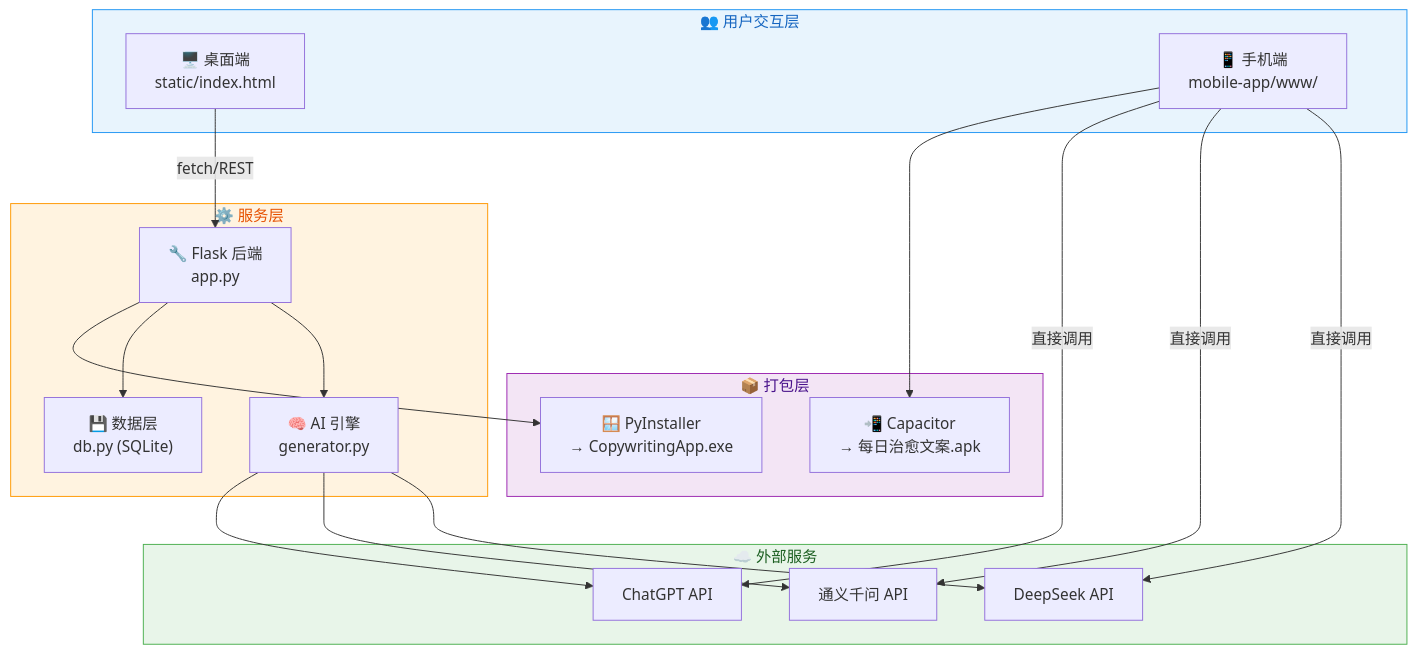
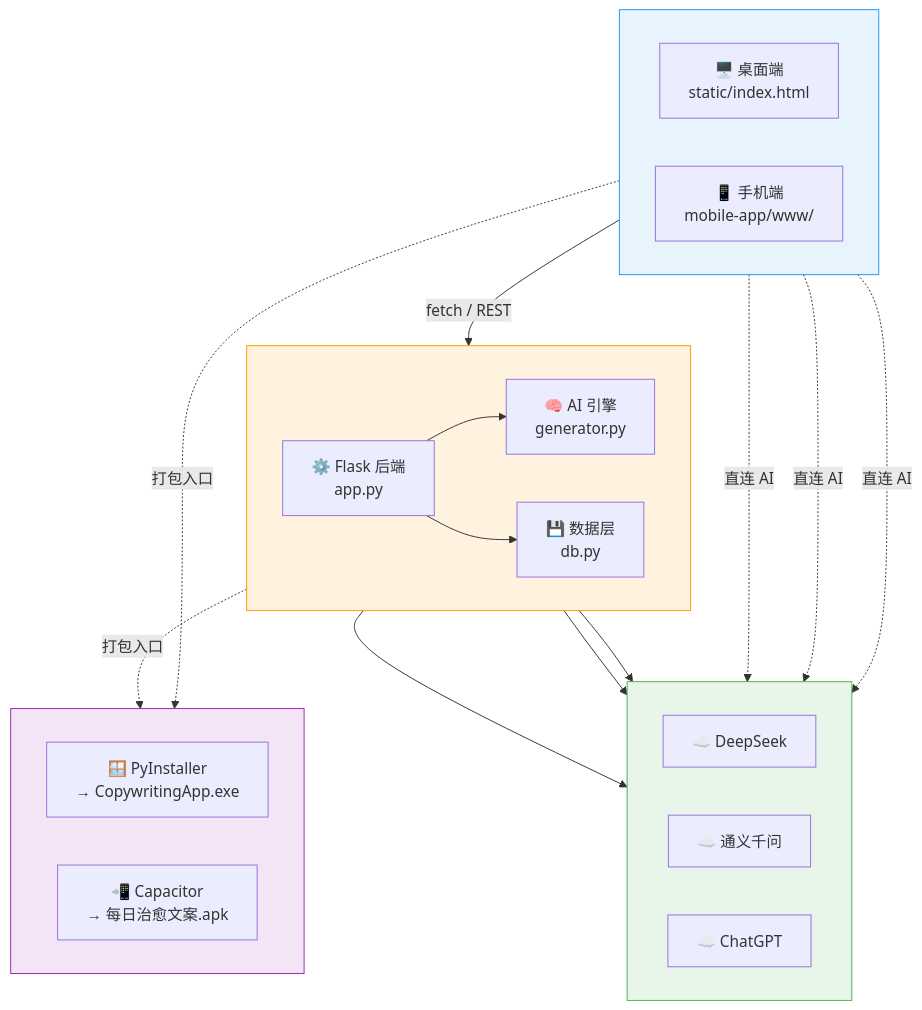
Before and after one commit to Shen-coderhorse/Copywriting-Generation: the diagram in README.md, drawn with Mermaid.

Commit message:
🎨 重构架构图：消除交叉箭头，改为分层 flowchart 布局 + 虚线区分连接类型

````diff
--- a/README.md
+++ b/README.md
@@ -125,41 +125,45 @@
 ```mermaid
-graph TB
-    subgraph 用户层["👥 用户交互层"]
+flowchart TB
+    subgraph TOP[" "]
+        direction LR
         A1["🖥️ 桌面端<br/>static/index.html"]
         A2["📱 手机端<br/>mobile-app/www/"]
     end
 
-    subgraph 服务层["⚙️ 服务层"]
-        B1["🔧 Flask 后端<br/>app.py"]
+    subgraph MID[" "]
+        direction LR
+        B1["⚙️ Flask 后端<br/>app.py"]
         B2["🧠 AI 引擎<br/>generator.py"]
-        B3["💾 数据层<br/>db.py (SQLite)"]
+        B3["💾 数据层<br/>db.py"]
+    end
+ 
+    subgraph BOT[" "]
+        direction LR
+        D1["☁️ DeepSeek"]
+        D2["☁️ 通义千问"]
+        D3["☁️ ChatGPT"]
     end
 
-    subgraph 打包层["📦 打包层"]
+    subgraph PKG[" "]
+        direction LR
         C1["🪟 PyInstaller<br/>→ CopywritingApp.exe"]
         C2["📲 Capacitor<br/>→ 每日治愈文案.apk"]
     end
 
-    subgraph 外部服务["☁️ 外部服务"]
-        D1["DeepSeek API"]
-        D2["通义千问 API"]
-        D3["ChatGPT API"]
-    end
-
-    A1 -->|fetch/REST| B1
-    A2 -->|直接调用| D1
-    A2 -->|直接调用| D2
-    A2 -->|直接调用| D3
+    A1 -->|"fetch / REST"| B1
     B1 --> B2
     B1 --> B3
-    B1 --> C1
-    A2 --> C2
+    B1 -.->|"打包入口"| C1
+    A2 -.->|"打包入口"| C2
     B2 --> D1
     B2 --> D2
     B2 --> D3
+    A2 -.->|"直连 AI"| D1
+    A2 -.->|"直连 AI"| D2
+    A2 -.->|"直连 AI"| D3
 
-    style 用户层 fill:#E8F4FD,stroke:#2196F3,color:#1565C0
-    style 服务层 fill:#FFF3E0,stroke:#FF9800,color:#E65100
-    style 打包层 fill:#F3E5F5,stroke:#9C27B0,color:#4A148C
-    style 外部服务 fill:#E8F5E9,stroke:#4CAF50,color:#1B5E20
+    style TOP fill:#E8F4FD,stroke:#2196F3,color:#1565C0
+    style MID fill:#FFF3E0,stroke:#FF9800,color:#E65100
+    style BOT fill:#E8F5E9,stroke:#4CAF50,color:#1B5E20
+    style PKG fill:#F3E5F5,stroke:#9C27B0,color:#4A148C
 ```
````
